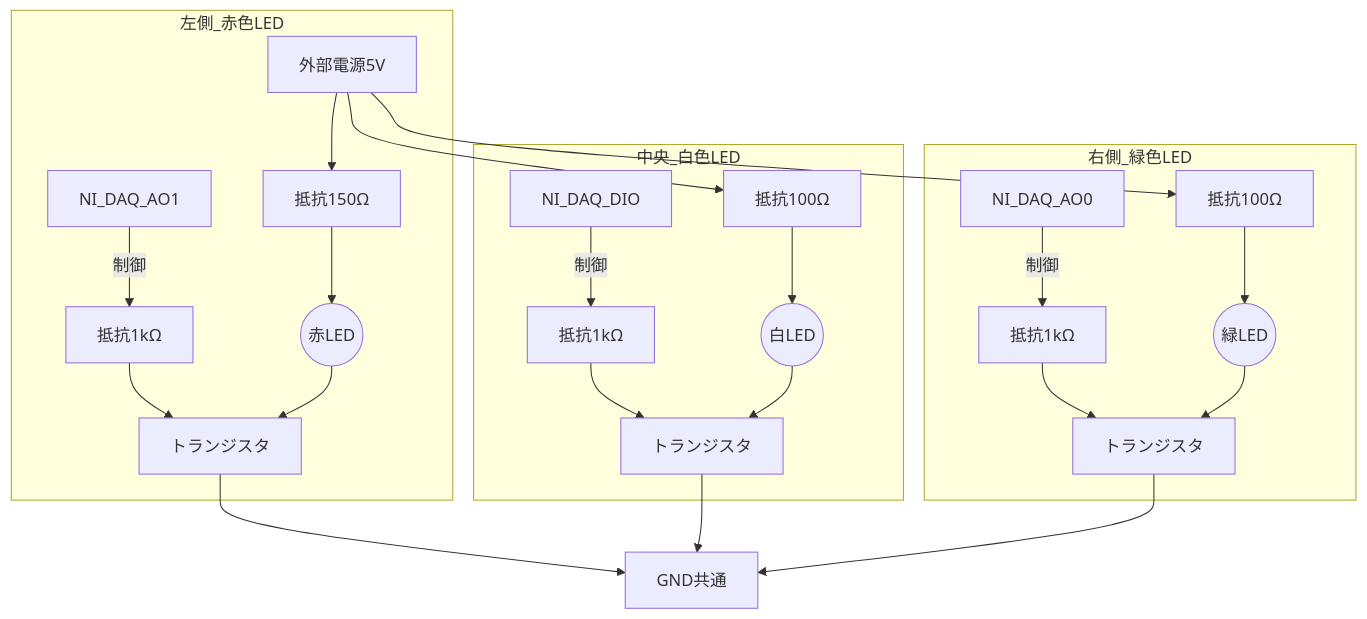
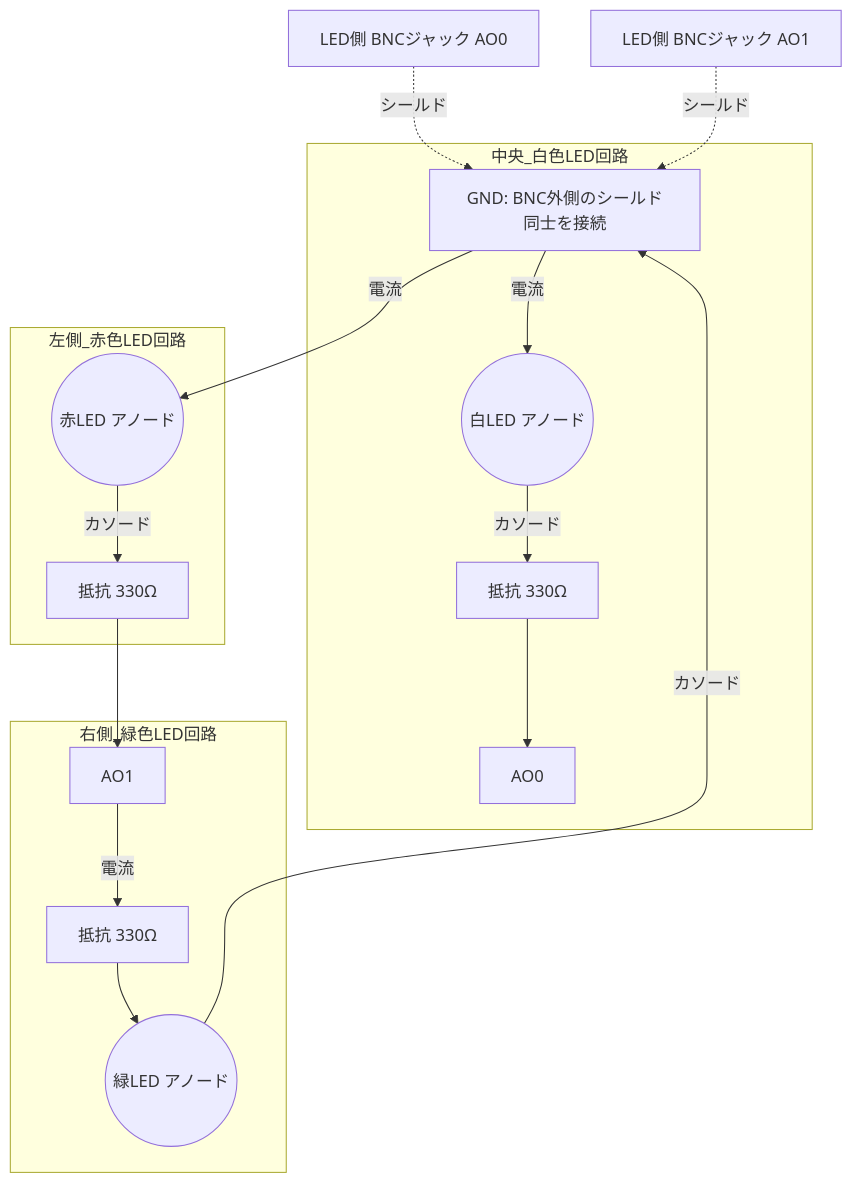
Before and after one commit to masahiroshinya/mshinyalab_baseball_projects: the diagram in Project002_反応時間課題バットスイング（加藤）/sandbox/4.1_本実験用LED基盤作成/led_board_design.md, drawn with Mermaid. The commit also changed other lines of this file and 4 other files, not shown here.

````diff
--- a/Project002_反応時間課題バットスイング（加藤）/sandbox/4.1_本実験用LED基盤作成/led_board_design.md
+++ b/Project002_反応時間課題バットスイング（加藤）/sandbox/4.1_本実験用LED基盤作成/led_board_design.md
@@ -53,32 +40,30 @@
 ```mermaid
 graph TD
-    Power[外部電源5V]
+    BNC_AO0[LED側 BNCジャック AO0]
+    BNC_AO1[LED側 BNCジャック AO1]
+    GND[GND: BNC外側のシールド同士を接続]
 
-    subgraph 左側_赤色LED
-        DAQ_R[NI_DAQ_AO1] -->|制御| R_B_R[抵抗1kΩ]
-        R_B_R --> Tr_R[トランジスタ]
-        Power --> R_L_R[抵抗150Ω]
-        R_L_R --> LED_Red((赤LED))
-        LED_Red --> Tr_R
+    BNC_AO0 -.->|シールド| GND
+    BNC_AO1 -.->|シールド| GND
+
+    subgraph 中央_白色LED回路
+        GND -->|電流| LED_White((白LED アノード))
+        LED_White -->|カソード| R_W[抵抗 330Ω]
+        R_W --> AO0
+        %% 注：AO0が-5Vの時のみ電流が流れる
     end
 
-    subgraph 中央_白色LED
-        DAQ_W[NI_DAQ_DIO] -->|制御| R_B_W[抵抗1kΩ]
-        R_B_W --> Tr_W[トランジスタ]
-        Power --> R_L_W[抵抗100Ω]
-        R_L_W --> LED_White((白LED))
-        LED_White --> Tr_W
+    subgraph 右側_緑色LED回路
+        AO1 -->|電流| R_G[抵抗 330Ω]
+        R_G --> LED_Green((緑LED アノード))
+        LED_Green -->|カソード| GND
+        %% 注：AO1が+5Vの時のみ電流が流れる
     end
 
-    subgraph 右側_緑色LED
-        DAQ_G[NI_DAQ_AO0] -->|制御| R_B_G[抵抗1kΩ]
-        R_B_G --> Tr_G[トランジスタ]
-        Power --> R_L_G[抵抗100Ω]
-        R_L_G --> LED_Green((緑LED))
-        LED_Green --> Tr_G
+    subgraph 左側_赤色LED回路
+        GND -->|電流| LED_Red((赤LED アノード))
+        LED_Red -->|カソード| R_R[抵抗 330Ω]
+        R_R --> AO1
+        %% 注：AO1が-5Vの時のみ電流が流れる
     end
-
-    Tr_R --> GND[GND共通]
-    Tr_W --> GND
-    Tr_G --> GND
 ```
````
